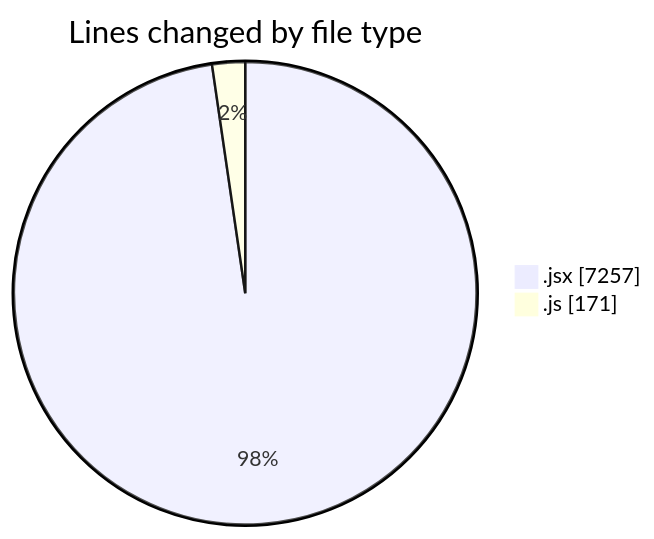
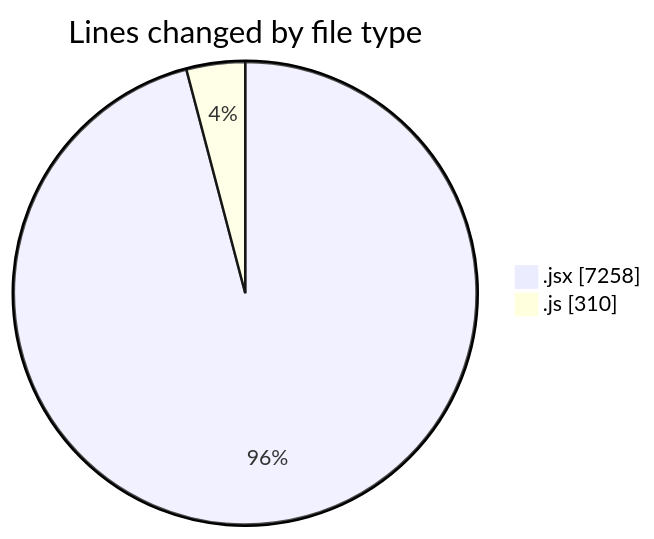
Before and after one commit to nxtqubesakshisongat/code-tracking: the first of 2 diagrams in 2025-07-09/argos/README.md, drawn with Mermaid. The commit also changed other lines of this file and 1 other file, not shown here.

````diff
--- a/2025-07-09/argos/README.md
+++ b/2025-07-09/argos/README.md
@@ -27,6 +28,6 @@
 ```mermaid
 pie showData
 title Lines changed by file type
-".jsx" : 7257
-".js" : 171
+".jsx" : 7258
+".js" : 310
 ```
````
